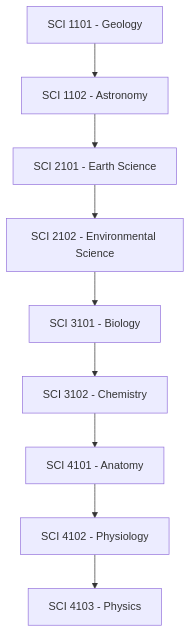
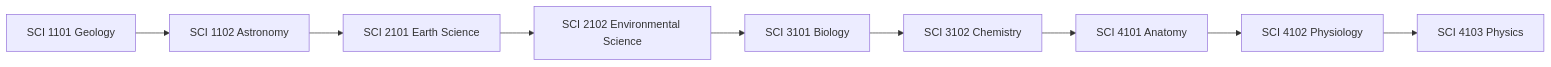
The tenth of 29 diagrams in RIAH-PATHWAY-CURRICULUM-STRUCTURE/RIAH-PATHWAY-HIGH-SCHOOL-STRUCTURE/HIGH-SCHOOL-STRUCTURE.md (RIAHPathway/Website-Draft), drawn with Mermaid before and after one commit. The commit also changed other lines of this file, not shown here.

Commit message:
Match High School Mermaid diagrams to repository working syntax

````diff
--- a/RIAH-PATHWAY-CURRICULUM-STRUCTURE/RIAH-PATHWAY-HIGH-SCHOOL-STRUCTURE/HIGH-SCHOOL-STRUCTURE.md
+++ b/RIAH-PATHWAY-CURRICULUM-STRUCTURE/RIAH-PATHWAY-HIGH-SCHOOL-STRUCTURE/HIGH-SCHOOL-STRUCTURE.md
@@ -549,11 +549,11 @@
 ```mermaid
-graph TD;
-    N0["SCI 1101 - Geology"] --> N1["SCI 1102 - Astronomy"];
-    N1["SCI 1102 - Astronomy"] --> N2["SCI 2101 - Earth Science"];
-    N2["SCI 2101 - Earth Science"] --> N3["SCI 2102 - Environmental Science"];
-    N3["SCI 2102 - Environmental Science"] --> N4["SCI 3101 - Biology"];
-    N4["SCI 3101 - Biology"] --> N5["SCI 3102 - Chemistry"];
-    N5["SCI 3102 - Chemistry"] --> N6["SCI 4101 - Anatomy"];
-    N6["SCI 4101 - Anatomy"] --> N7["SCI 4102 - Physiology"];
-    N7["SCI 4102 - Physiology"] --> N8["SCI 4103 - Physics"];
+graph LR
+    N0["SCI 1101 Geology"] --> N1["SCI 1102 Astronomy"]
+    N1["SCI 1102 Astronomy"] --> N2["SCI 2101 Earth Science"]
+    N2["SCI 2101 Earth Science"] --> N3["SCI 2102 Environmental Science"]
+    N3["SCI 2102 Environmental Science"] --> N4["SCI 3101 Biology"]
+    N4["SCI 3101 Biology"] --> N5["SCI 3102 Chemistry"]
+    N5["SCI 3102 Chemistry"] --> N6["SCI 4101 Anatomy"]
+    N6["SCI 4101 Anatomy"] --> N7["SCI 4102 Physiology"]
+    N7["SCI 4102 Physiology"] --> N8["SCI 4103 Physics"]
 ```
````
